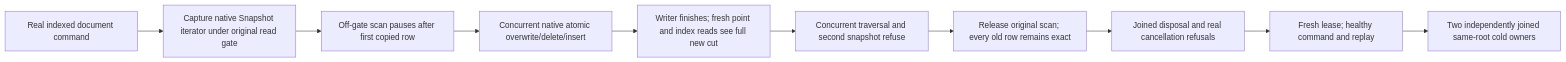
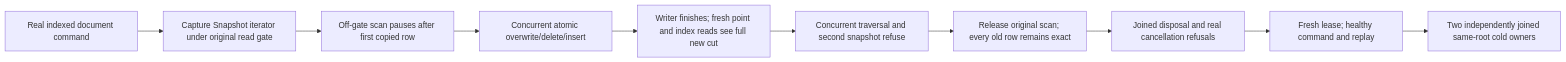
The diagram in docs/Features/StorageRecovery/TransactionalReadViewOperation.md (managedcode/KeyLoad), drawn with Mermaid before and after one commit. The commit also changed other lines of this file and 9016 other files, not shown here.

````diff
--- a/docs/Features/StorageRecovery/TransactionalReadViewOperation.md
+++ b/docs/Features/StorageRecovery/TransactionalReadViewOperation.md
@@ -5,12 +5,12 @@
 ```mermaid
 flowchart LR
- Seed[Real indexed document command] --> Snapshot[Capture native Snapshot iterator under original read gate]
+ Seed[Real indexed document command] --> Snapshot[Capture Snapshot iterator under original read gate]
  Snapshot --> Hold[Off-gate scan pauses after first copied row]
- Hold --> Writer[Concurrent native atomic overwrite/delete/insert]
+ Hold --> Writer[Concurrent atomic overwrite/delete/insert]
  Writer --> Current[Writer finishes; fresh point and index reads see full new cut]
  Current --> Refuse[Concurrent traversal and second snapshot refuse]
  Refuse --> Resume[Release original scan; every old row remains exact]
  Resume --> Cancel[Joined disposal and real cancellation refusals]
  Cancel --> Healthy[Fresh lease; healthy command and replay]
  Healthy --> Cold[Two independently joined same-root cold owners]
 ```
````
